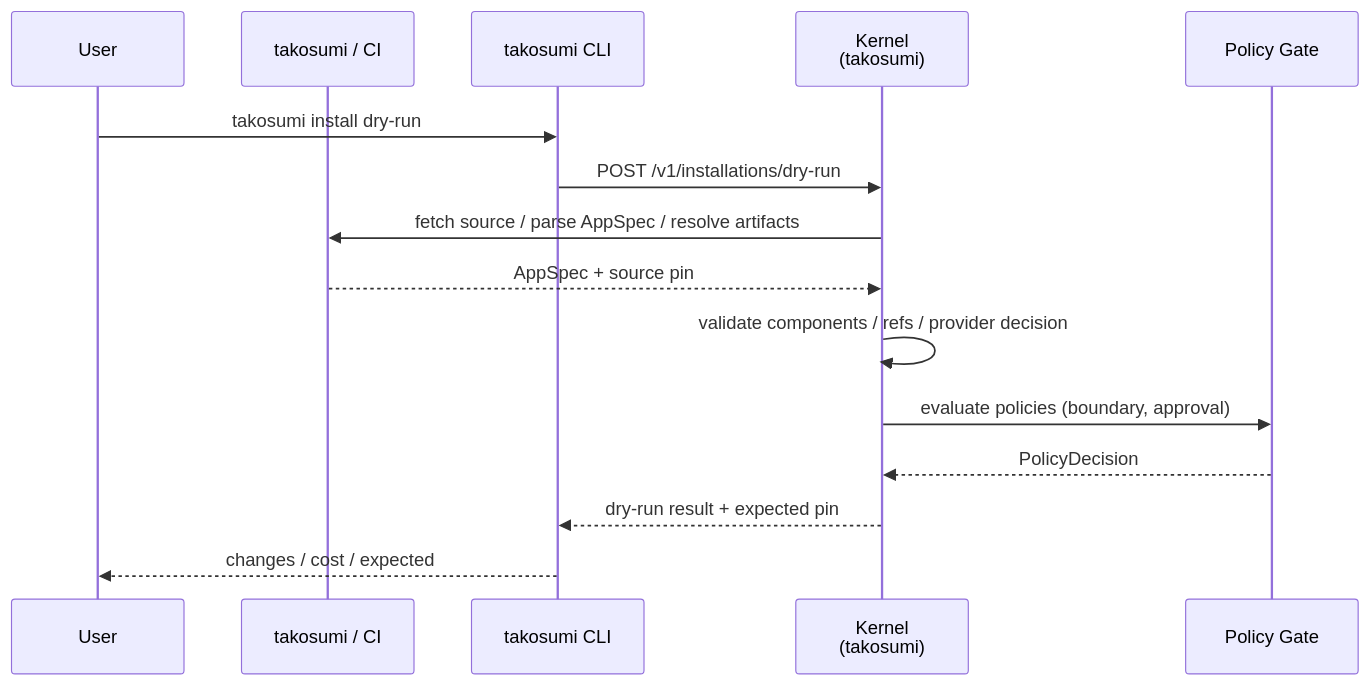
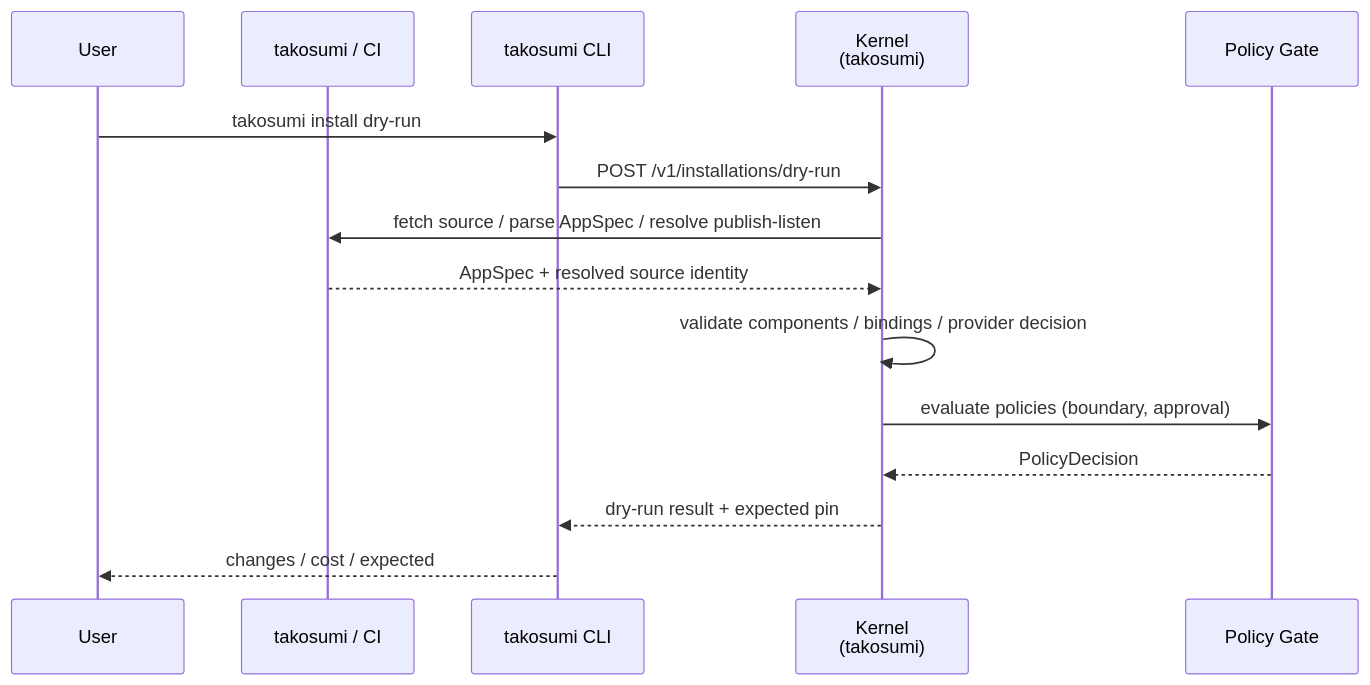
One commit to tako0614/takos changed the second of 5 diagrams in docs/architecture/diagrams.md. Above: the diagram before and after it, drawn with Mermaid. The commit also changed other lines of this file and 90 other files, not shown here.

````diff
--- a/docs/architecture/diagrams.md
+++ b/docs/architecture/diagrams.md
@@ -68,18 +51,18 @@
 ```mermaid
 sequenceDiagram
   participant User
   participant Installer as takosumi / CI
   participant CLI as takosumi CLI
   participant K as Kernel<br/>(takosumi)
   participant PG as Policy Gate
 
   User->>CLI: takosumi install dry-run
   CLI->>K: POST /v1/installations/dry-run
-  K->>Installer: fetch source / parse AppSpec / resolve artifacts
-  Installer-->>K: AppSpec + source pin
-  K->>K: validate components / refs / provider decision
+  K->>Installer: fetch source / parse AppSpec / resolve publish-listen
+  Installer-->>K: AppSpec + resolved source identity
+  K->>K: validate components / bindings / provider decision
   K->>PG: evaluate policies (boundary, approval)
   PG-->>K: PolicyDecision
   K-->>CLI: dry-run result + expected pin
   CLI-->>User: changes / cost / expected
 ```
````
